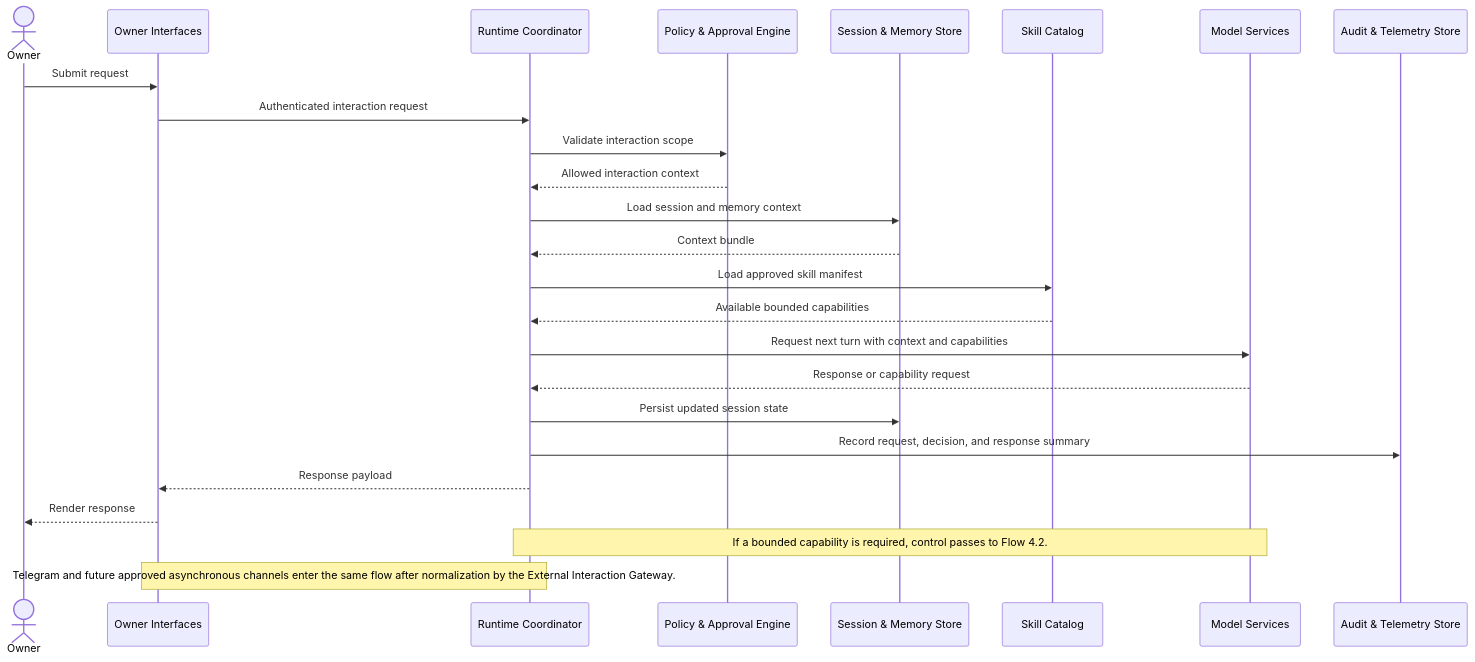
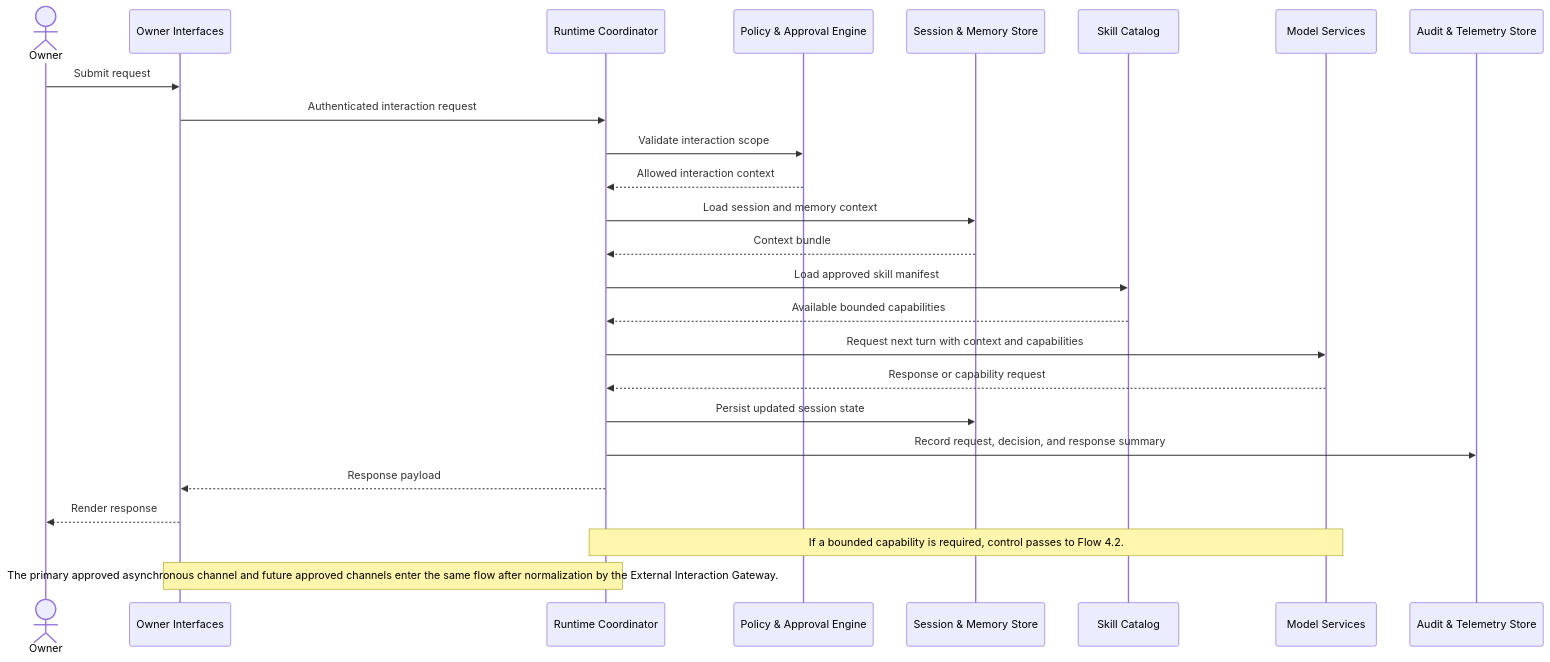
The second of 4 diagrams in docs/Architecture.md (openkraken-ai/openkraken), drawn with Mermaid before and after one commit. The commit also changed other lines of this file and 3 other files, not shown here.

````diff
--- a/docs/Architecture.md
+++ b/docs/Architecture.md
@@ -250,29 +219,29 @@
 ```mermaid
 sequenceDiagram
     actor Owner
     participant UI as Owner Interfaces
     participant Runtime as Runtime Coordinator
     participant Policy as Policy & Approval Engine
     participant State as Session & Memory Store
     participant Skills as Skill Catalog
     participant Model as Model Services
     participant Audit as Audit & Telemetry Store
 
     Owner->>UI: Submit request
     UI->>Runtime: Authenticated interaction request
     Runtime->>Policy: Validate interaction scope
     Policy-->>Runtime: Allowed interaction context
     Runtime->>State: Load session and memory context
     State-->>Runtime: Context bundle
     Runtime->>Skills: Load approved skill manifest
     Skills-->>Runtime: Available bounded capabilities
     Runtime->>Model: Request next turn with context and capabilities
     Model-->>Runtime: Response or capability request
     Runtime->>State: Persist updated session state
     Runtime->>Audit: Record request, decision, and response summary
     Runtime-->>UI: Response payload
     UI-->>Owner: Render response
 
     Note over Runtime,Model: If a bounded capability is required, control passes to Flow 4.2.
-    Note over UI,Runtime: Telegram and future approved asynchronous channels enter the same flow after normalization by the External Interaction Gateway.
+    Note over UI,Runtime: The primary approved asynchronous channel and future approved channels enter the same flow after normalization by the External Interaction Gateway.
 ```
````
